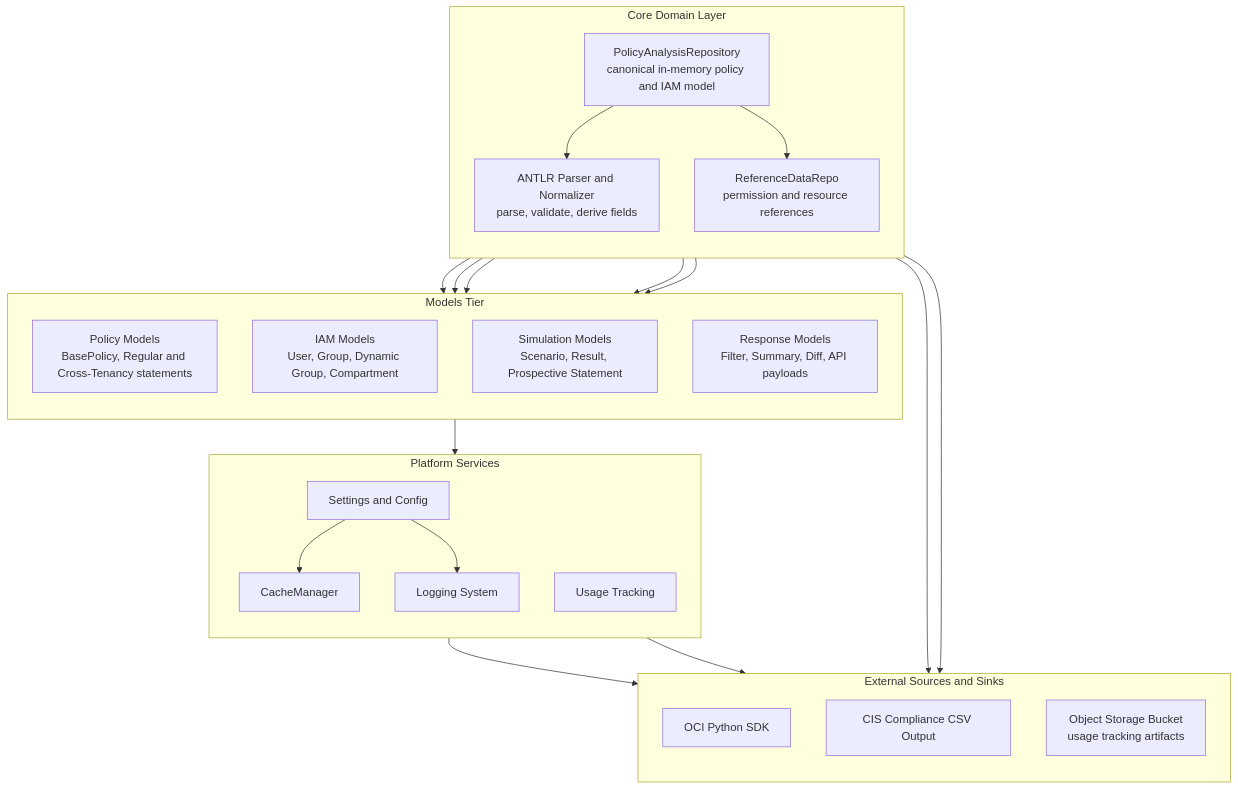
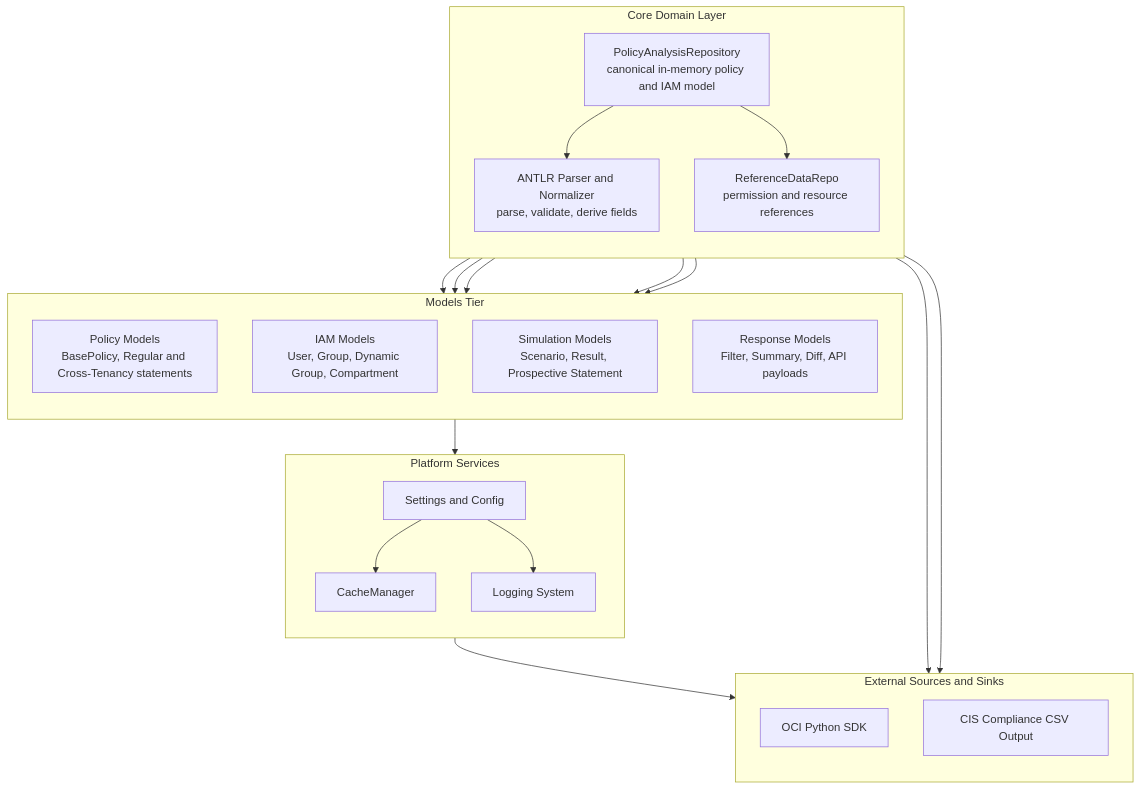
Before and after one commit to agregory999/oci-policy-analysis: the third of 4 diagrams in docs/source/architecture.md, drawn with Mermaid. The commit also changed other lines of this file and 121 other files, not shown here.

````diff
--- a/docs/source/architecture.md
+++ b/docs/source/architecture.md
@@ -209,49 +209,46 @@
 ```mermaid
 flowchart TB
     subgraph D[Core Domain Layer]
         direction TB
         REPO["PolicyAnalysisRepository<br/>canonical in-memory policy and IAM model"]
         REF["ReferenceDataRepo<br/>permission and resource references"]
         PARSER["ANTLR Parser and Normalizer<br/>parse, validate, derive fields"]
     end
 
     subgraph M[Models Tier]
         direction TB
         MODEL_POLICY["Policy Models<br/>BasePolicy, Regular and Cross-Tenancy statements"]
         MODEL_IAM["IAM Models<br/>User, Group, Dynamic Group, Compartment"]
         MODEL_SIM["Simulation Models<br/>Scenario, Result, Prospective Statement"]
         MODEL_RESP["Response Models<br/>Filter, Summary, Diff, API payloads"]
     end
 
     subgraph P[Platform Services]
         direction TB
         CFG["Settings and Config"]
         CACHE["CacheManager"]
         LOG["Logging System"]
-        TRACK["Usage Tracking"]
     end
 
     subgraph X[External Sources and Sinks]
         direction TB
         OCI["OCI Python SDK"]
         CIS["CIS Compliance CSV Output"]
-        OBJ["Object Storage Bucket<br/>usage tracking artifacts"]
     end
 
     D --> M
     M --> P
     P --> X
 
     REPO --> PARSER
     REPO --> REF
     REPO --> MODEL_POLICY
     REPO --> MODEL_IAM
     REPO --> MODEL_SIM
     REPO --> MODEL_RESP
 
     REPO --> OCI
     REPO --> CIS
     CFG --> CACHE
     CFG --> LOG
-    TRACK --> OBJ
 ```
````
